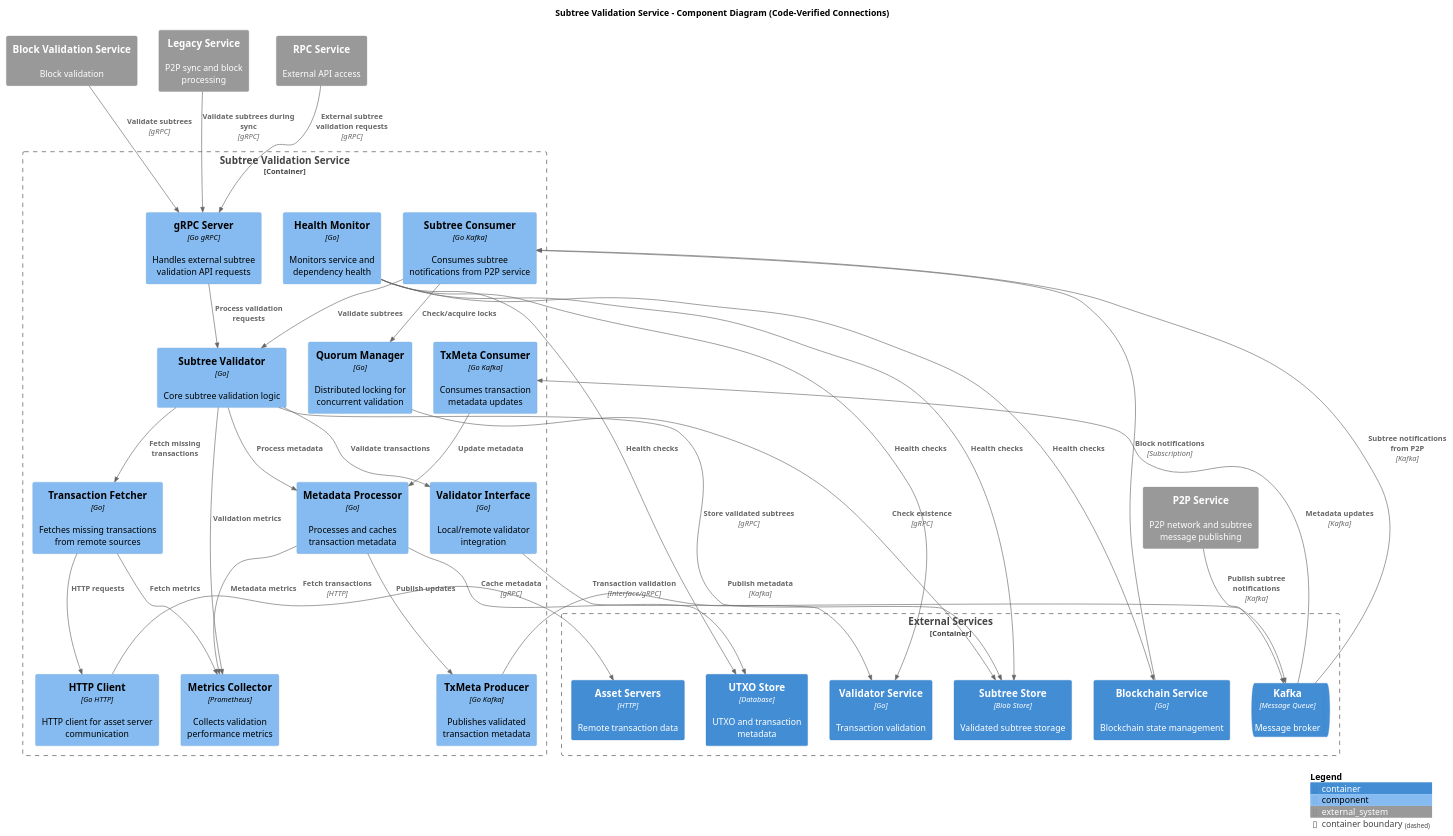
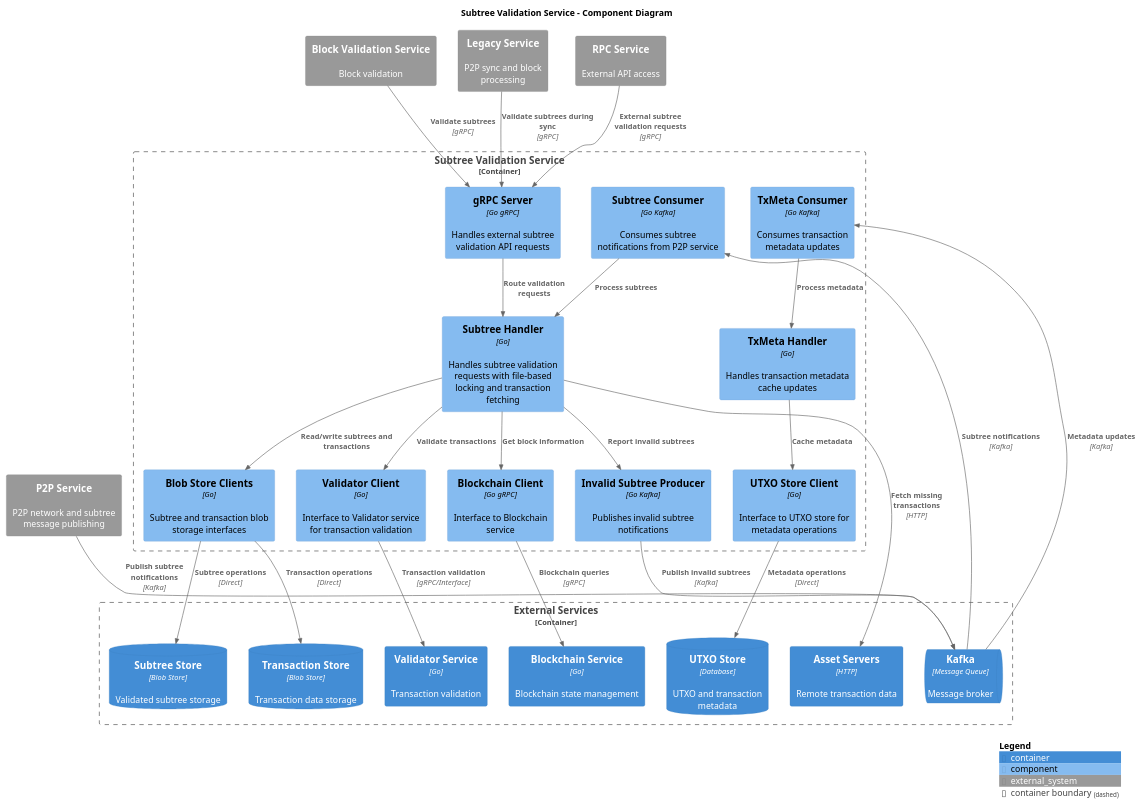
Before and after one commit to icellan/teranode: the diagram in topics/services/img/plantuml/subtreevalidation/subtree_validation_detailed_component.puml, drawn with PlantUML. The commit also changed 169 other files, not shown here.

```diff
--- a/topics/services/img/plantuml/subtreevalidation/subtree_validation_detailed_component.puml
+++ b/topics/services/img/plantuml/subtreevalidation/subtree_validation_detailed_component.puml
@@ -23,133 +23,109 @@
 @startuml Subtree_Validation_Component
 
 !include https://raw.githubusercontent.com/plantuml-stdlib/C4-PlantUML/master/C4_Component.puml
 
-title Subtree Validation Service - Component Diagram (Code-Verified Connections)
+title Subtree Validation Service - Component Diagram
 
 Container_Boundary(subtree_validation, "Subtree Validation Service") {
 
 Component(grpc_server, "gRPC Server", "Go gRPC", "Handles external subtree validation API requests")
 
+Component(subtree_handler, "Subtree Handler", "Go", "Handles subtree validation requests with file-based locking and transaction fetching")
+
+Component(txmeta_handler, "TxMeta Handler", "Go", "Handles transaction metadata cache updates")
+
 Component(kafka_consumer_subtrees, "Subtree Consumer", "Go Kafka", "Consumes subtree notifications from P2P service")
 
 Component(kafka_consumer_txmeta, "TxMeta Consumer", "Go Kafka", "Consumes transaction metadata updates")
 
-Component(kafka_producer_txmeta, "TxMeta Producer", "Go Kafka", "Publishes validated transaction metadata")
+Component(kafka_producer_invalid, "Invalid Subtree Producer", "Go Kafka", "Publishes invalid subtree notifications")
 
-Component(subtree_validator, "Subtree Validator", "Go", "Core subtree validation logic")
+Component(validator_client, "Validator Client", "Go", "Interface to Validator service for transaction validation")
 
-Component(transaction_fetcher, "Transaction Fetcher", "Go", "Fetches missing transactions from remote sources")
+Component(blockchain_client, "Blockchain Client", "Go gRPC", "Interface to Blockchain service")
 
-Component(metadata_processor, "Metadata Processor", "Go", "Processes and caches transaction metadata")
+Component(utxo_store_client, "UTXO Store Client", "Go", "Interface to UTXO store for metadata operations")
 
-Component(quorum_manager, "Quorum Manager", "Go", "Distributed locking for concurrent validation")
-
-Component(http_client, "HTTP Client", "Go HTTP", "HTTP client for asset server communication")
-
-Component(validator_interface, "Validator Interface", "Go", "Local/remote validator integration")
-
-Component(metrics_collector, "Metrics Collector", "Prometheus", "Collects validation performance metrics")
-
-Component(health_monitor, "Health Monitor", "Go", "Monitors service and dependency health")
+Component(blob_stores, "Blob Store Clients", "Go", "Subtree and transaction blob storage interfaces")
 
 }
 
 Container_Boundary(external_services, "External Services") {
 
 Container(validator, "Validator Service", "Go", "Transaction validation")
 
 Container(blockchain, "Blockchain Service", "Go", "Blockchain state management")
 
-Container(subtree_store, "Subtree Store", "Blob Store", "Validated subtree storage")
+ContainerDb(subtree_store, "Subtree Store", "Blob Store", "Validated subtree storage")
 
-Container(utxo_store, "UTXO Store", "Database", "UTXO and transaction metadata")
+ContainerDb(tx_store, "Transaction Store", "Blob Store", "Transaction data storage")
+
+ContainerDb(utxo_store, "UTXO Store", "Database", "UTXO and transaction metadata")
 
 ContainerQueue(kafka, "Kafka", "Message Queue", "Message broker")
 
 Container(asset_servers, "Asset Servers", "HTTP", "Remote transaction data")
 
 }
 
 System_Ext(p2p_service, "P2P Service", "P2P network and subtree message publishing")
 
 System_Ext(block_validation, "Block Validation Service", "Block validation")
 
 System_Ext(legacy_service, "Legacy Service", "P2P sync and block processing")
 
 System_Ext(rpc_service, "RPC Service", "External API access")
 
 ' External API interactions
 
 Rel(block_validation, grpc_server, "Validate subtrees", "gRPC")
 
 Rel(legacy_service, grpc_server, "Validate subtrees during sync", "gRPC")
 
 Rel(rpc_service, grpc_server, "External subtree validation requests", "gRPC")
 
-Rel(grpc_server, subtree_validator, "Process validation requests")
+Rel(grpc_server, subtree_handler, "Route validation requests")
 
-' CODE-VERIFIED Kafka message flow from P2P
+' Kafka message flow
 
 Rel(p2p_service, kafka, "Publish subtree notifications", "Kafka")
 
-Rel(kafka, kafka_consumer_subtrees, "Subtree notifications from P2P", "Kafka")
+Rel(kafka, kafka_consumer_subtrees, "Subtree notifications", "Kafka")
 
 Rel(kafka, kafka_consumer_txmeta, "Metadata updates", "Kafka")
 
-Rel(kafka_producer_txmeta, kafka, "Publish metadata", "Kafka")
+Rel(kafka_producer_invalid, kafka, "Publish invalid subtrees", "Kafka")
 
 ' Internal processing flow
 
-Rel(kafka_consumer_subtrees, quorum_manager, "Check/acquire locks")
+Rel(kafka_consumer_subtrees, subtree_handler, "Process subtrees")
 
-Rel(kafka_consumer_subtrees, subtree_validator, "Validate subtrees")
+Rel(kafka_consumer_txmeta, txmeta_handler, "Process metadata")
 
-Rel(subtree_validator, transaction_fetcher, "Fetch missing transactions")
+Rel(subtree_handler, validator_client, "Validate transactions")
 
-Rel(transaction_fetcher, http_client, "HTTP requests")
+Rel(subtree_handler, blockchain_client, "Get block information")
 
-Rel(subtree_validator, validator_interface, "Validate transactions")
+Rel(subtree_handler, blob_stores, "Read/write subtrees and transactions")
 
-Rel(subtree_validator, metadata_processor, "Process metadata")
+Rel(subtree_handler, asset_servers, "Fetch missing transactions", "HTTP")
 
-' Metadata handling
+Rel(subtree_handler, kafka_producer_invalid, "Report invalid subtrees")
 
-Rel(kafka_consumer_txmeta, metadata_processor, "Update metadata")
+Rel(txmeta_handler, utxo_store_client, "Cache metadata")
 
-Rel(metadata_processor, kafka_producer_txmeta, "Publish updates")
+' External service connections
 
-' External service interactions
+Rel(validator_client, validator, "Transaction validation", "gRPC/Interface")
 
-Rel(http_client, asset_servers, "Fetch transactions", "HTTP")
+Rel(blockchain_client, blockchain, "Blockchain queries", "gRPC")
 
-Rel(validator_interface, validator, "Transaction validation", "Interface/gRPC")
+Rel(blob_stores, subtree_store, "Subtree operations", "Direct")
 
-Rel(subtree_validator, subtree_store, "Store validated subtrees", "gRPC")
+Rel(blob_stores, tx_store, "Transaction operations", "Direct")
 
-Rel(metadata_processor, utxo_store, "Cache metadata", "gRPC")
-
-Rel(quorum_manager, subtree_store, "Check existence", "gRPC")
-
-' State and health monitoring
-
-Rel(blockchain, kafka_consumer_subtrees, "Block notifications", "Subscription")
-
-Rel(health_monitor, blockchain, "Health checks")
-
-Rel(health_monitor, validator, "Health checks")
-
-Rel(health_monitor, subtree_store, "Health checks")
-
-Rel(health_monitor, utxo_store, "Health checks")
-
-' Metrics collection
-
-Rel(subtree_validator, metrics_collector, "Validation metrics")
-
-Rel(transaction_fetcher, metrics_collector, "Fetch metrics")
-
-Rel(metadata_processor, metrics_collector, "Metadata metrics")
+Rel(utxo_store_client, utxo_store, "Metadata operations", "Direct")
 
 SHOW_LEGEND()
 
 @enduml
```
